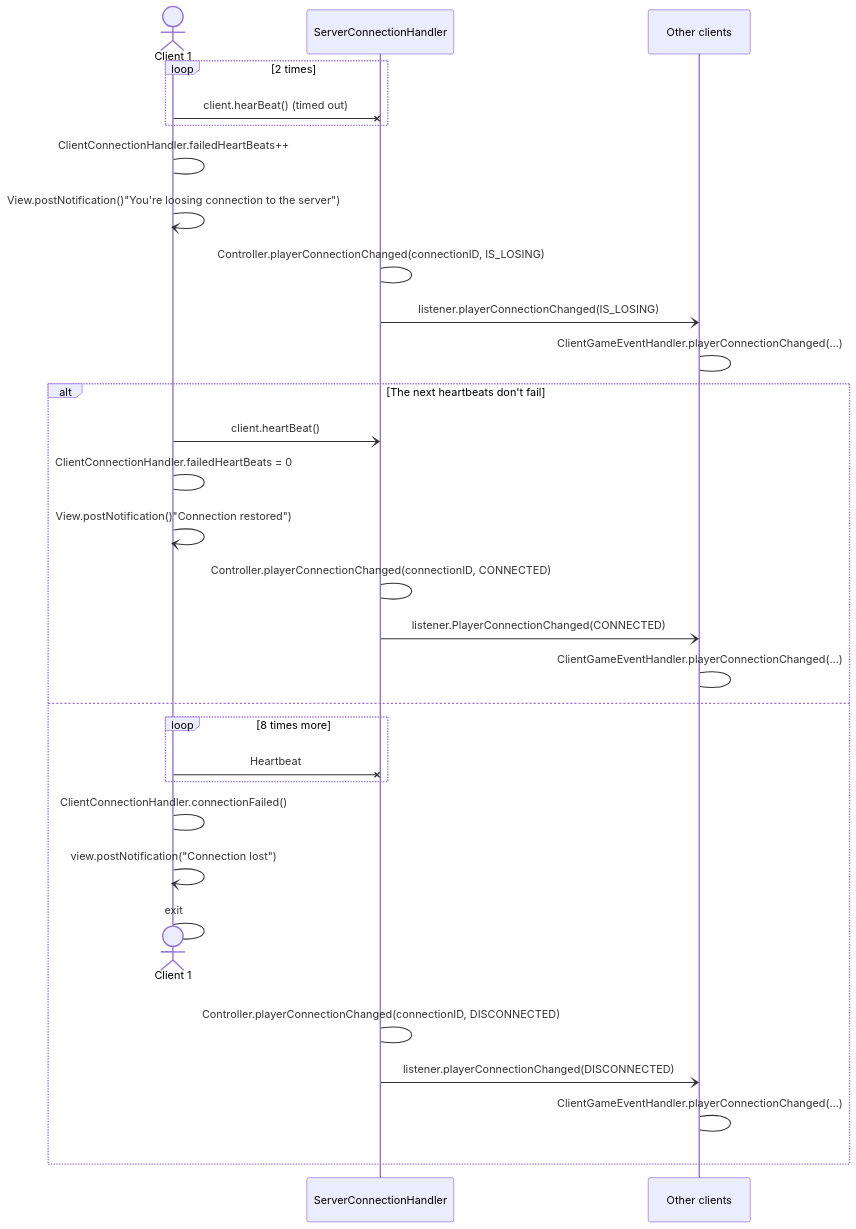
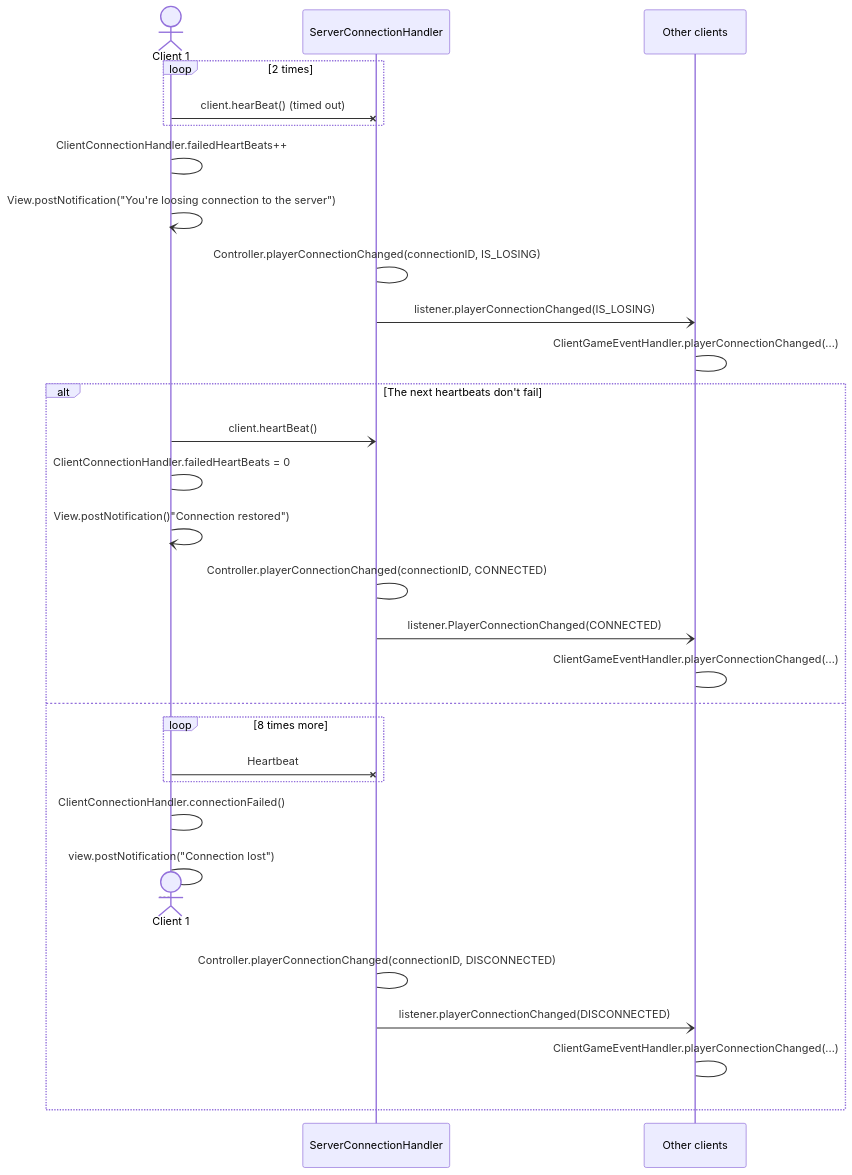
One commit to frephs/IS24-AM21 changed the second of 9 diagrams in documentation_wip/network_protocol.md. Above: the diagram before and after it, drawn with Mermaid. The commit also changed other lines of this file, not shown here.

````diff
--- a/documentation_wip/network_protocol.md
+++ b/documentation_wip/network_protocol.md
@@ -40,37 +40,36 @@
 ```mermaid
 sequenceDiagram
     actor Client 1
     loop 2 times
     Client 1 -x ServerConnectionHandler: client.hearBeat() (timed out)
     end 
     Client 1 -> Client 1 : ClientConnectionHandler.failedHeartBeats++
-    Client 1 -) Client 1 : View.postNotification()"You're loosing connection to the server")
+    Client 1 -) Client 1 : View.postNotification("You're loosing connection to the server")
     ServerConnectionHandler ->  ServerConnectionHandler : Controller.playerConnectionChanged(connectionID, IS_LOSING)
     ServerConnectionHandler -) Other clients : listener.playerConnectionChanged(IS_LOSING)
     Other clients -> Other clients : ClientGameEventHandler.playerConnectionChanged(...)
     alt The next heartbeats don't fail
         Client 1 -) ServerConnectionHandler: client.heartBeat()
 
         Client 1 -> Client 1 : ClientConnectionHandler.failedHeartBeats = 0
     Client 1 -) Client 1 : View.postNotification()"Connection restored")
     ServerConnectionHandler ->  ServerConnectionHandler : Controller.playerConnectionChanged(connectionID, CONNECTED)
     ServerConnectionHandler -) Other clients : listener.PlayerConnectionChanged(CONNECTED)
     Other clients -> Other clients : ClientGameEventHandler.playerConnectionChanged(...)
     else 
     loop 8 times more
         Client 1 -x ServerConnectionHandler: Heartbeat 
     end 
     Client 1 -> Client 1 : ClientConnectionHandler.connectionFailed()
 
     Client 1 -) Client 1 : view.postNotification("Connection lost")
 
-    Client 1 -> Client 1 : exit
     Destroy Client 1
     Client 1 --> Client 1 : 
     ServerConnectionHandler ->  ServerConnectionHandler : Controller.playerConnectionChanged(connectionID, DISCONNECTED)
     ServerConnectionHandler -) Other clients: listener.playerConnectionChanged(DISCONNECTED)
     Other clients -> Other clients : ClientGameEventHandler.playerConnectionChanged(...)
     end
     
 
 ```
````
